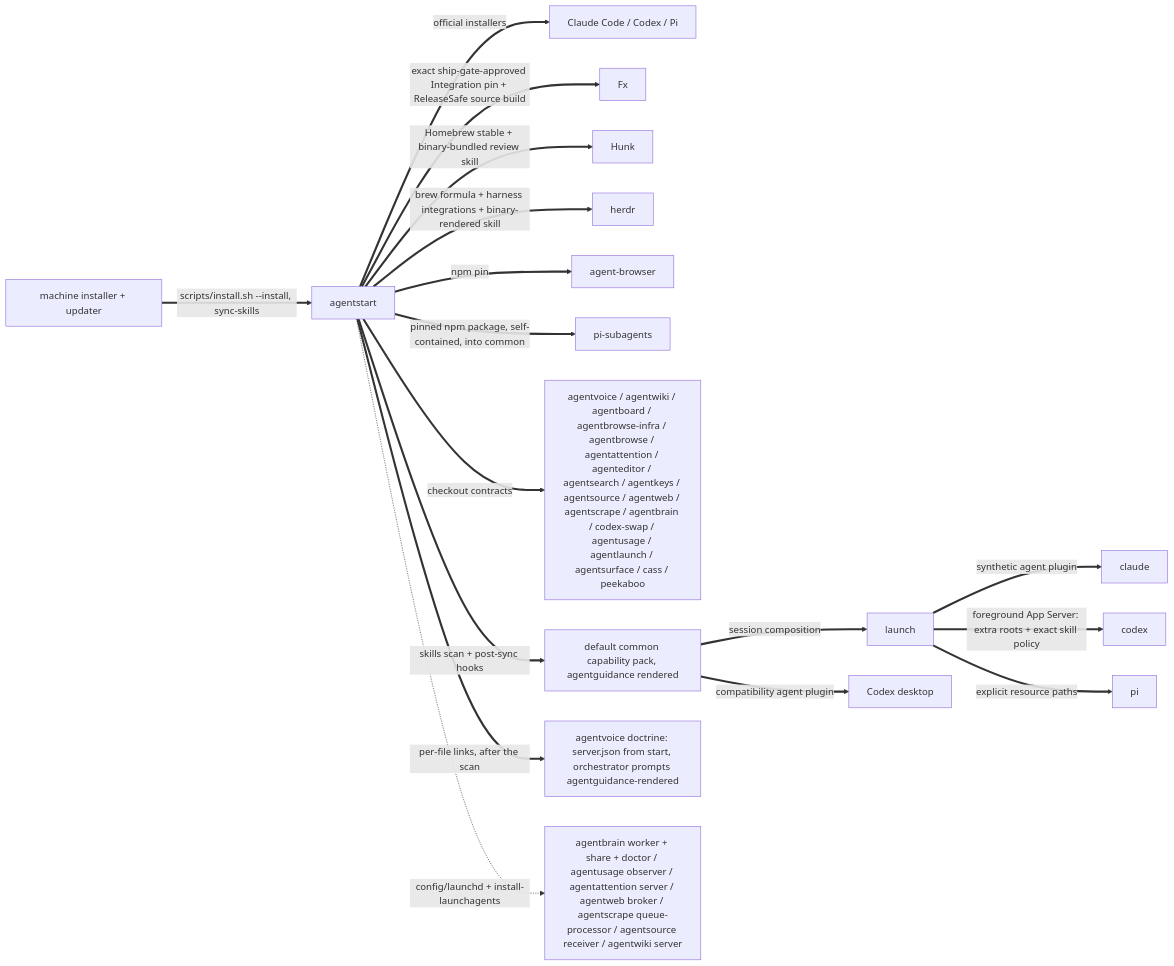
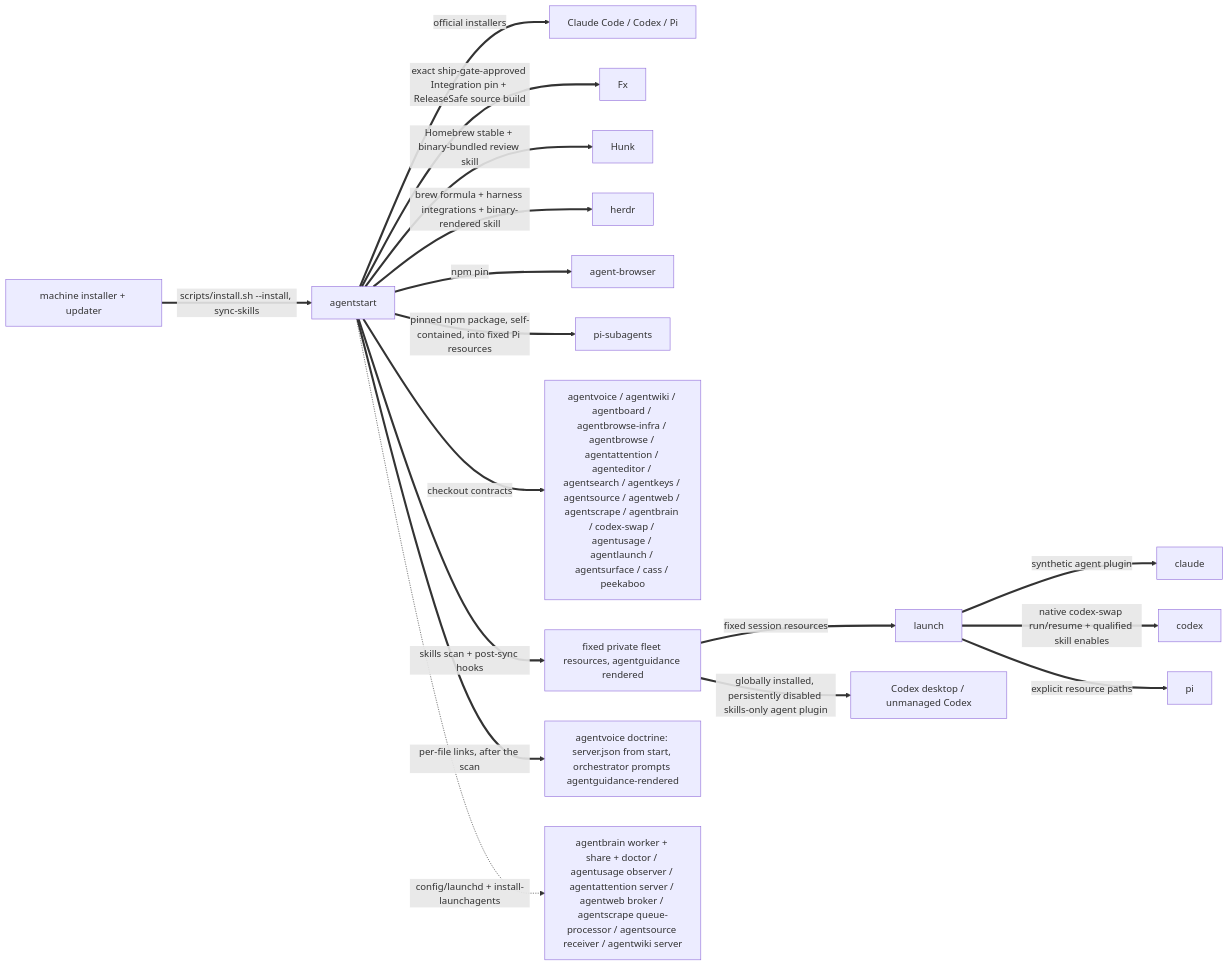
Before and after one commit to possibilities/agentstart: the second of 3 diagrams in skills/fleet/MAP.md, drawn with Mermaid. The commit also changed other lines of this file and 30 other files, not shown here.

Commit message:
Replace capability packs with fixed fleet resources

````diff
--- a/skills/fleet/MAP.md
+++ b/skills/fleet/MAP.md
@@ -92,22 +92,22 @@
 ```mermaid
 flowchart LR
     machine[machine installer + updater]
     start[agentstart]
 
     machine ==>|scripts/install.sh --install, sync-skills| start
     start ==>|official installers| harnesses[Claude Code / Codex / Pi]
     start ==>|exact ship-gate-approved Integration pin + ReleaseSafe source build| fx[Fx]
     start ==>|Homebrew stable + binary-bundled review skill| hunk[Hunk]
     start ==>|brew formula + harness integrations + binary-rendered skill| herdrInstall[herdr]
     start ==>|npm pin| browser[agent-browser]
-    start ==>|pinned npm package, self-contained, into common| piSubagents[pi-subagents]
+    start ==>|pinned npm package, self-contained, into fixed Pi resources| piSubagents[pi-subagents]
     start ==>|checkout contracts| fleet[agentvoice / agentwiki / agentboard / agentbrowse-infra / agentbrowse / agentattention / agenteditor / agentsearch / agentkeys / agentsource / agentweb / agentscrape / agentbrain / codex-swap / agentusage / agentlaunch / agentsurface / cass / peekaboo]
-    start ==>|skills scan + post-sync hooks| skills[default common capability pack, agentguidance rendered]
-    skills ==>|session composition| launch
+    start ==>|skills scan + post-sync hooks| skills[fixed private fleet resources, agentguidance rendered]
+    skills ==>|fixed session resources| launch
     launch ==>|synthetic agent plugin| claude
-    launch ==>|foreground App Server: extra roots + exact skill policy| codex
+    launch ==>|native codex-swap run/resume + qualified skill enables| codex
     launch ==>|explicit resource paths| pi
-    skills ==>|compatibility agent plugin| codexDesktop[Codex desktop]
+    skills ==>|globally installed, persistently disabled skills-only agent plugin| codexDesktop[Codex desktop / unmanaged Codex]
     start ==>|per-file links, after the scan| voiceDoctrine[agentvoice doctrine: server.json from start, orchestrator prompts agentguidance-rendered]
     start -.->|config/launchd + install-launchagents| services[agentbrain worker + share + doctor / agentusage observer / agentattention server / agentweb broker / agentscrape queue-processor / agentsource receiver / agentwiki server]
 ```
````
